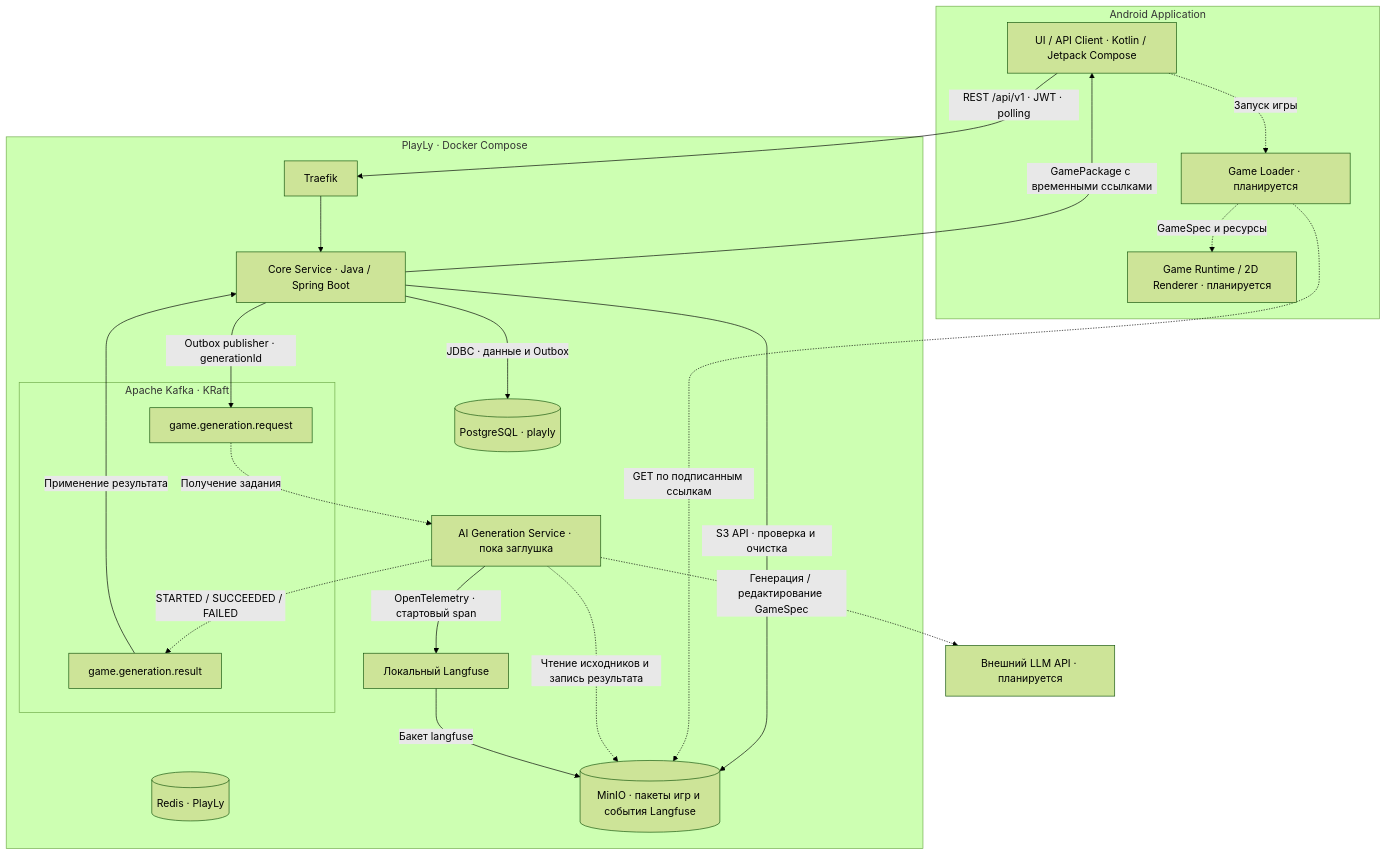
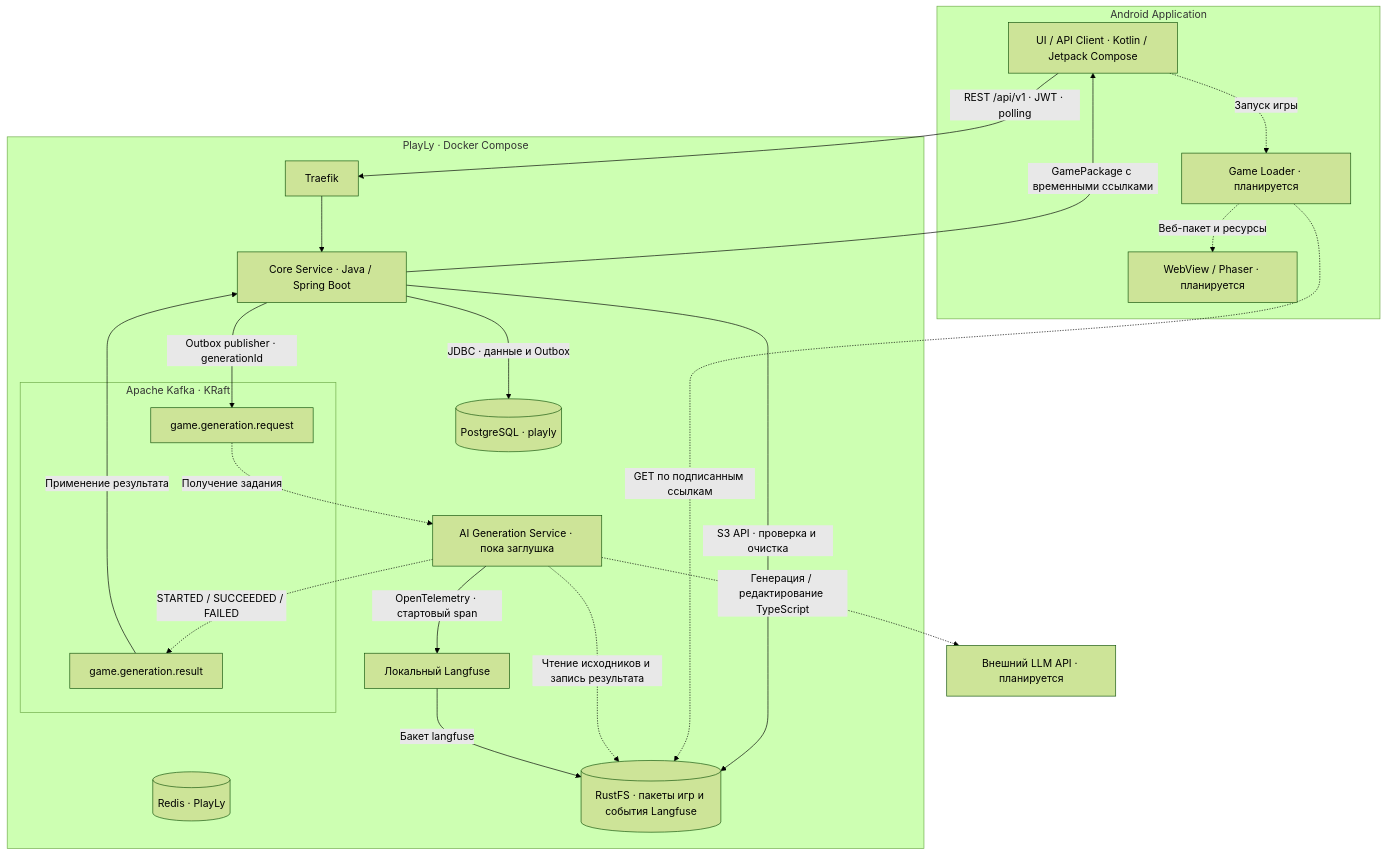
The diagram in docs/diagrams/overview.mmd (aartmoon/PlayLy), drawn with Mermaid (forest theme) before and after one commit. The commit also changed 16 other files, not shown here.

```diff
--- a/docs/diagrams/overview.mmd
+++ b/docs/diagrams/overview.mmd
@@ -1,38 +1,38 @@
 flowchart TD
     subgraph mobile["Android Application"]
         app["UI / API Client · Kotlin / Jetpack Compose"]
         loader["Game Loader · планируется"]
-        runtime["Game Runtime / 2D Renderer · планируется"]
+        runtime["WebView / Phaser · планируется"]
         app -.->|Запуск игры| loader
-        loader -.->|GameSpec и ресурсы| runtime
+        loader -.->|Веб-пакет и ресурсы| runtime
     end
 
     subgraph server["PlayLy · Docker Compose"]
         traefik["Traefik"]
         core["Core Service · Java / Spring Boot"]
         db[("PostgreSQL · playly")]
         redis[("Redis · PlayLy")]
         subgraph kafka["Apache Kafka · KRaft"]
             request["game.generation.request"]
             result["game.generation.result"]
         end
         ai["AI Generation Service · пока заглушка"]
-        minio[("MinIO · пакеты игр и события Langfuse")]
+        rustfs[("RustFS · пакеты игр и события Langfuse")]
         langfuse["Локальный Langfuse"]
     end
 
     llm["Внешний LLM API · планируется"]
     app -->|REST /api/v1 · JWT · polling| traefik
     traefik --> core
     core -->|JDBC · данные и Outbox| db
     core -->|Outbox publisher · generationId| request
     request -.->|Получение задания| ai
     ai -.->|STARTED / SUCCEEDED / FAILED| result
     result -->|Применение результата| core
-    core -->|S3 API · проверка и очистка| minio
+    core -->|S3 API · проверка и очистка| rustfs
     core -->|GamePackage с временными ссылками| app
-    loader -.->|GET по подписанным ссылкам| minio
-    ai -.->|Чтение исходников и запись результата| minio
-    ai -.->|Генерация / редактирование GameSpec| llm
+    loader -.->|GET по подписанным ссылкам| rustfs
+    ai -.->|Чтение исходников и запись результата| rustfs
+    ai -.->|Генерация / редактирование TypeScript| llm
     ai -->|OpenTelemetry · стартовый span| langfuse
-    langfuse -->|Бакет langfuse| minio
+    langfuse -->|Бакет langfuse| rustfs
```
